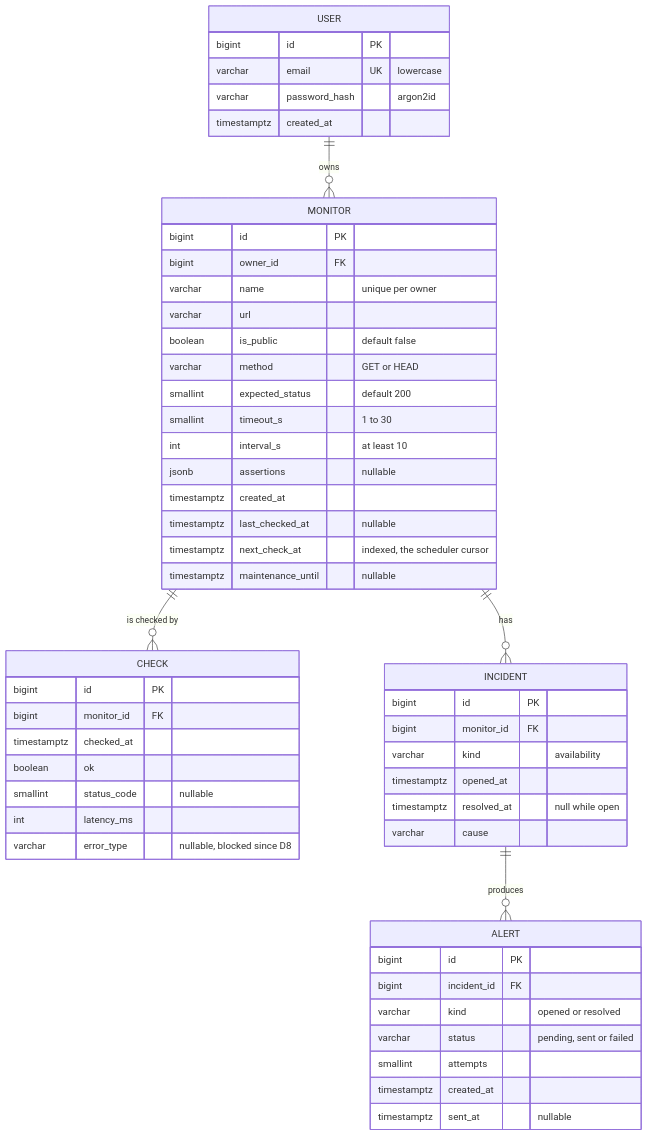
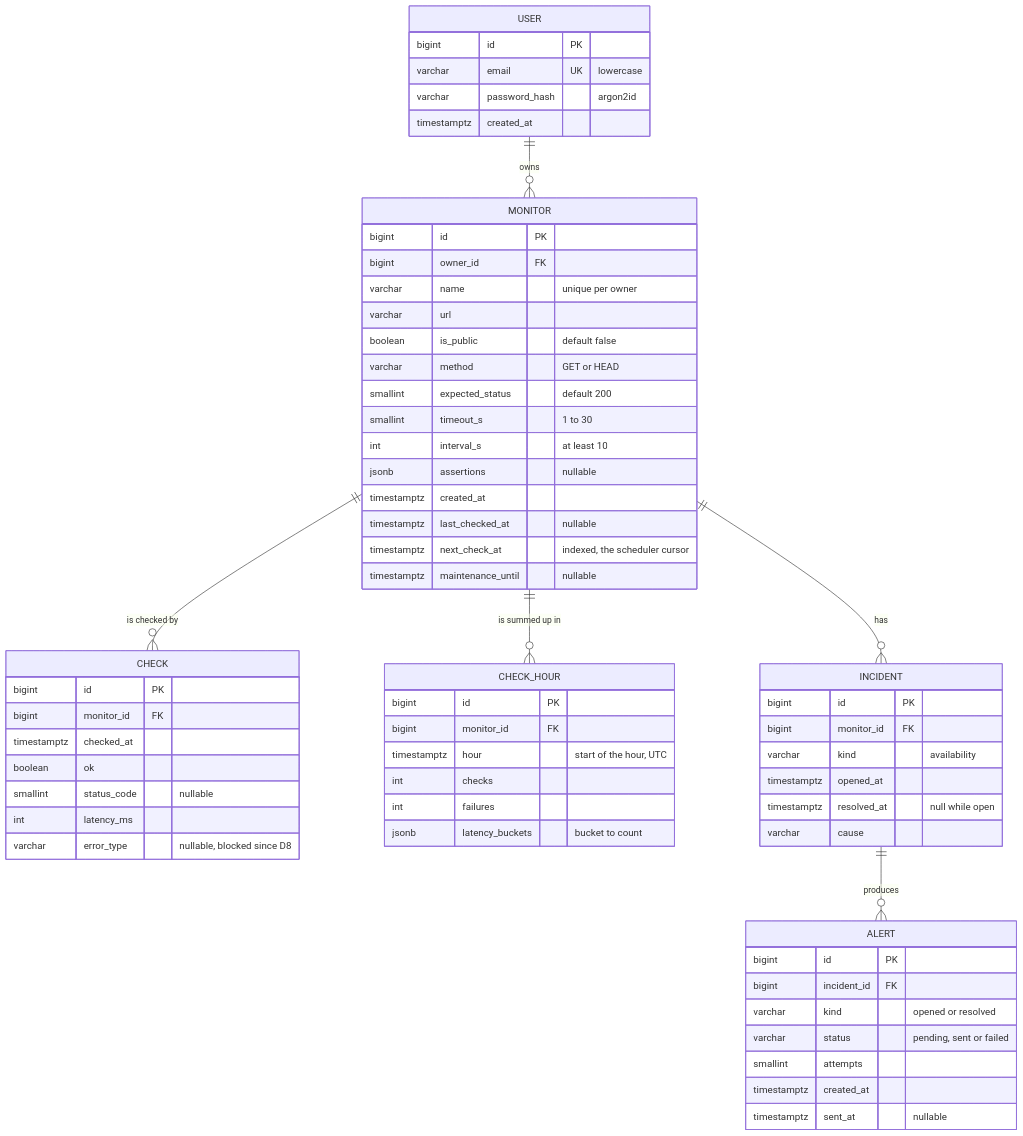
The sixth of 13 diagrams in ARCHITECTURE.md (wbaghdadi20/pulse), drawn with Mermaid before and after one commit. The commit also changed other lines of this file and 3 other files, not shown here.

Commit message:
docs: data retention in the README and the architecture, and its ADR

````diff
--- a/ARCHITECTURE.md
+++ b/ARCHITECTURE.md
@@ -321,56 +321,65 @@
 ```mermaid
 erDiagram
     USER ||--o{ MONITOR : "owns"
     MONITOR ||--o{ CHECK : "is checked by"
+    MONITOR ||--o{ CHECK_HOUR : "is summed up in"
     MONITOR ||--o{ INCIDENT : "has"
     INCIDENT ||--o{ ALERT : "produces"
 
     USER {
         bigint id PK
         varchar email UK "lowercase"
         varchar password_hash "argon2id"
         timestamptz created_at
     }
     MONITOR {
         bigint id PK
         bigint owner_id FK
         varchar name "unique per owner"
         varchar url
         boolean is_public "default false"
         varchar method "GET or HEAD"
         smallint expected_status "default 200"
         smallint timeout_s "1 to 30"
         int interval_s "at least 10"
         jsonb assertions "nullable"
         timestamptz created_at
         timestamptz last_checked_at "nullable"
         timestamptz next_check_at "indexed, the scheduler cursor"
         timestamptz maintenance_until "nullable"
     }
     CHECK {
         bigint id PK
         bigint monitor_id FK
         timestamptz checked_at
         boolean ok
         smallint status_code "nullable"
         int latency_ms
         varchar error_type "nullable, blocked since D8"
     }
+    CHECK_HOUR {
+        bigint id PK
+        bigint monitor_id FK
+        timestamptz hour "start of the hour, UTC"
+        int checks
+        int failures
+        jsonb latency_buckets "bucket to count"
+    }
     INCIDENT {
         bigint id PK
         bigint monitor_id FK
         varchar kind "availability"
         timestamptz opened_at
         timestamptz resolved_at "null while open"
         varchar cause
     }
     ALERT {
         bigint id PK
         bigint incident_id FK
         varchar kind "opened or resolved"
         varchar status "pending, sent or failed"
         smallint attempts
         timestamptz created_at
         timestamptz sent_at "nullable"
     }
 ```
````
